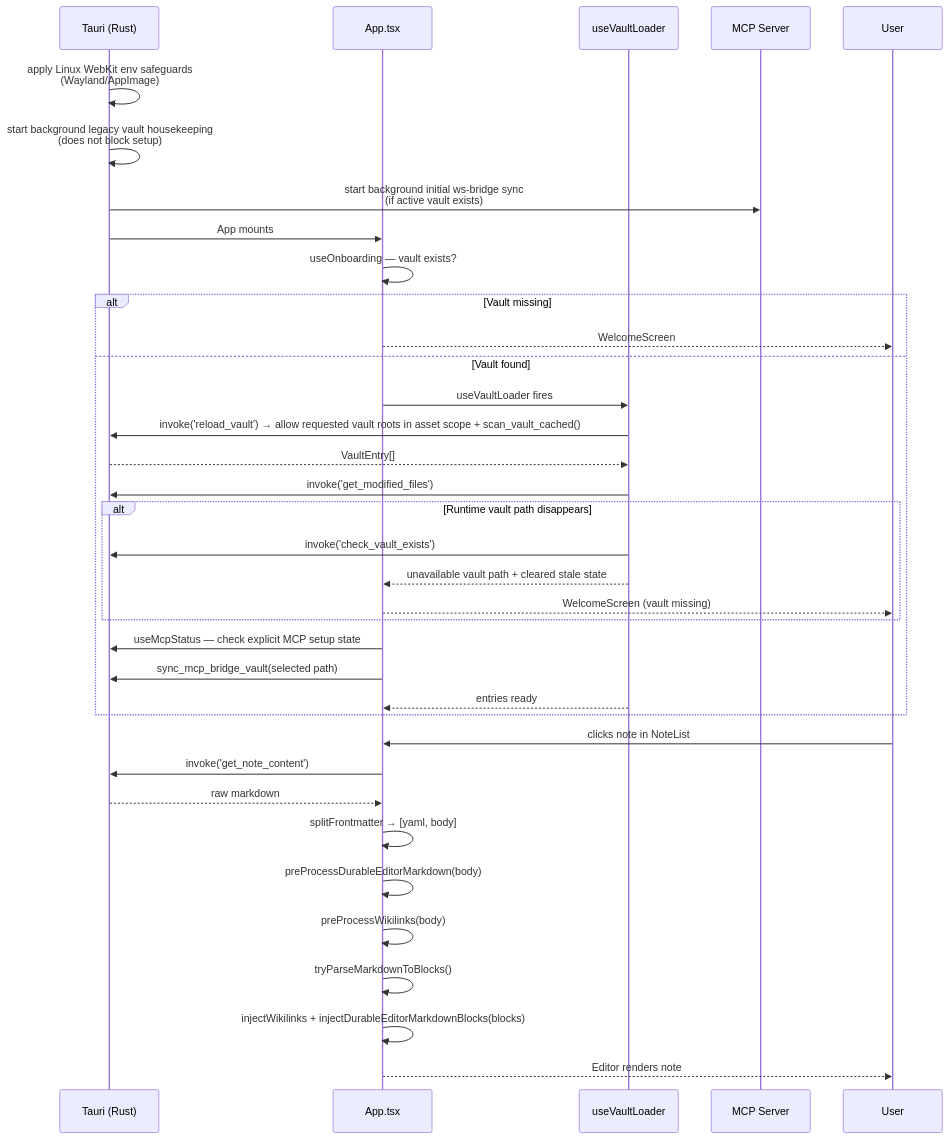
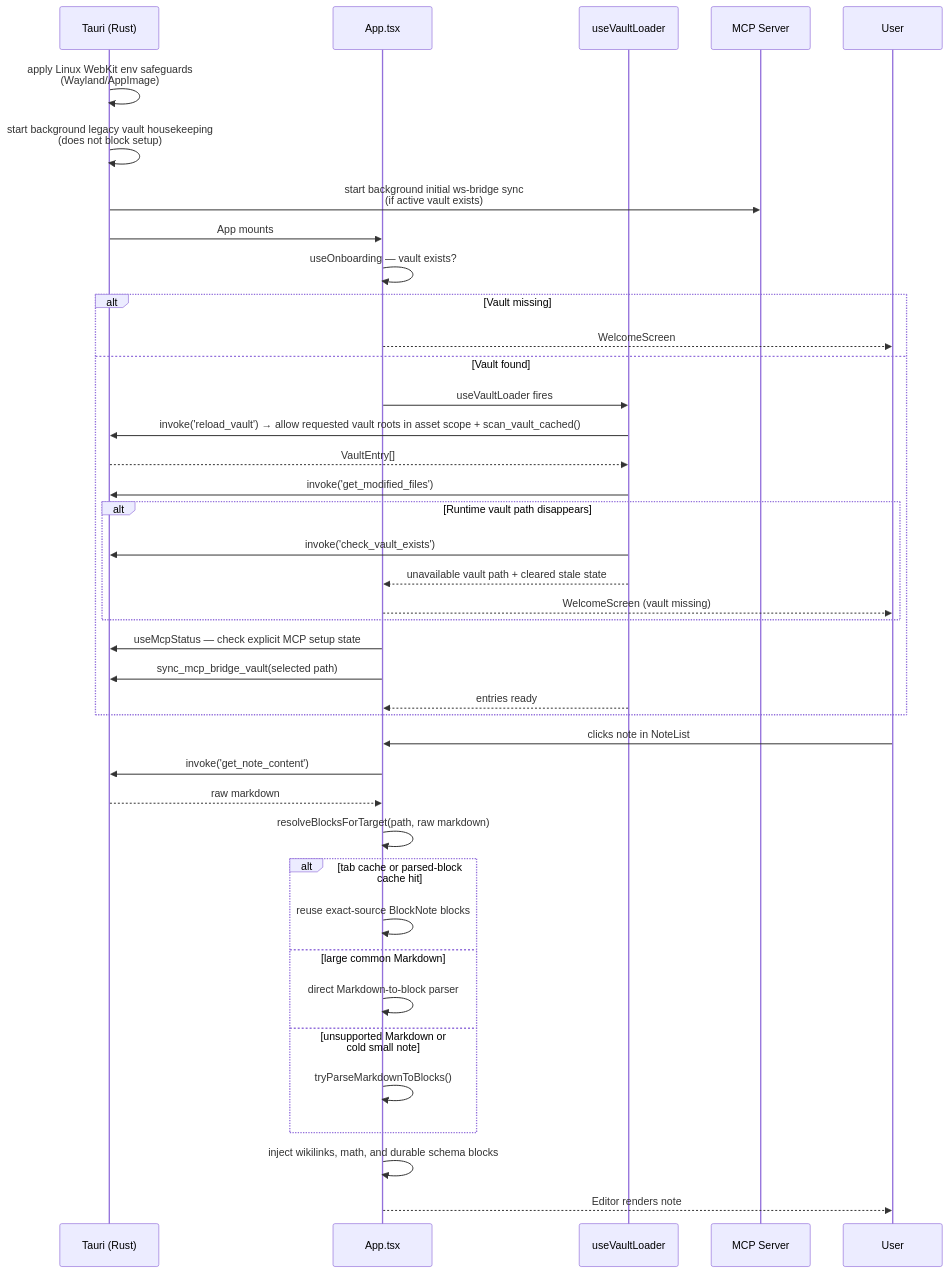
The seventh of 10 diagrams in docs/ARCHITECTURE.md (aimeritething/Fuwa), drawn with Mermaid before and after one commit. The commit also changed other lines of this file and 49 other files, not shown here.

````diff
--- a/docs/ARCHITECTURE.md
+++ b/docs/ARCHITECTURE.md
@@ -607,41 +614,45 @@
 ```mermaid
 sequenceDiagram
     participant T as Tauri (Rust)
     participant A as App.tsx
     participant VL as useVaultLoader
     participant MCP as MCP Server
     participant U as User
 
     T->>T: apply Linux WebKit env safeguards<br/>(Wayland/AppImage)
     T->>T: start background legacy vault housekeeping<br/>(does not block setup)
     T->>MCP: start background initial ws-bridge sync<br/>(if active vault exists)
     T->>A: App mounts
 
     A->>A: useOnboarding — vault exists?
     alt Vault missing
         A-->>U: WelcomeScreen
     else Vault found
         A->>VL: useVaultLoader fires
         VL->>T: invoke('reload_vault') → allow requested vault roots in asset scope + scan_vault_cached()
         T-->>VL: VaultEntry[]
         VL->>T: invoke('get_modified_files')
         alt Runtime vault path disappears
             VL->>T: invoke('check_vault_exists')
             VL-->>A: unavailable vault path + cleared stale state
             A-->>U: WelcomeScreen (vault missing)
         end
         A->>T: useMcpStatus — check explicit MCP setup state
         A->>T: sync_mcp_bridge_vault(selected path)
         VL-->>A: entries ready
     end
 
     U->>A: clicks note in NoteList
     A->>T: invoke('get_note_content')
     T-->>A: raw markdown
-    A->>A: splitFrontmatter → [yaml, body]
-    A->>A: preProcessDurableEditorMarkdown(body)
-    A->>A: preProcessWikilinks(body)
-    A->>A: tryParseMarkdownToBlocks()
-    A->>A: injectWikilinks + injectDurableEditorMarkdownBlocks(blocks)
+    A->>A: resolveBlocksForTarget(path, raw markdown)
+    alt tab cache or parsed-block cache hit
+        A->>A: reuse exact-source BlockNote blocks
+    else large common Markdown
+        A->>A: direct Markdown-to-block parser
+    else unsupported Markdown or cold small note
+        A->>A: tryParseMarkdownToBlocks()
+    end
+    A->>A: inject wikilinks, math, and durable schema blocks
     A-->>U: Editor renders note
 ```
````
